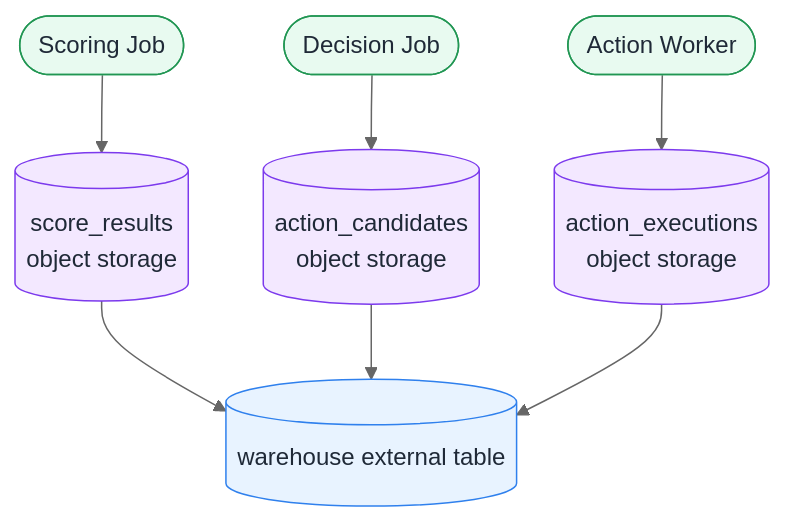
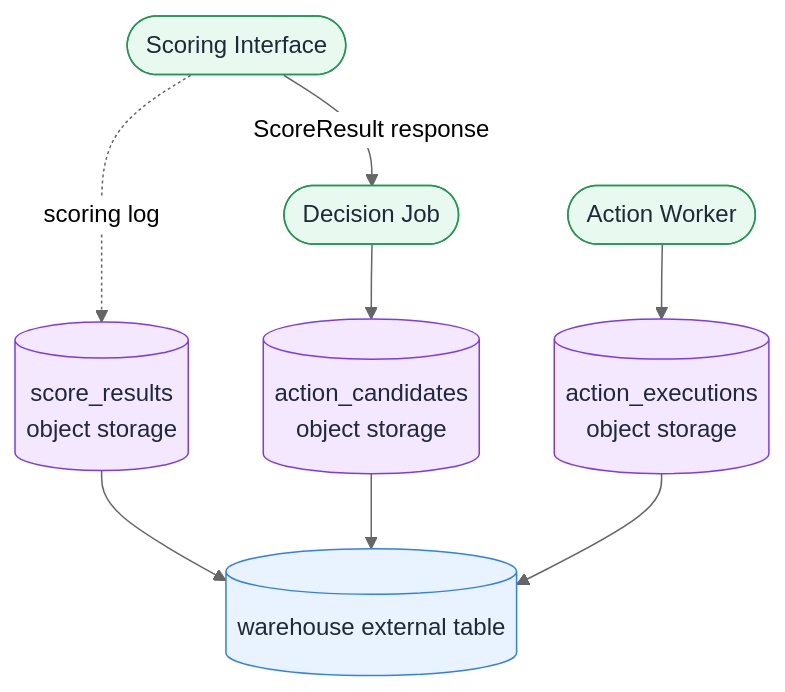
Before and after one commit to tasuku43/abuse-detection-learning: diagram 15 of 17 in docs/design/production_scoring_architecture_mermaid_ja.md, drawn with Mermaid (neutral theme). The commit also changed other lines of this file and 3 other files, not shown here.

Commit message:
docs: refine scoring architecture notes

````diff
--- a/docs/design/production_scoring_architecture_mermaid_ja.md
+++ b/docs/design/production_scoring_architecture_mermaid_ja.md
@@ -388,13 +562,14 @@
 ```mermaid
 flowchart TD
   classDef job fill:#E8FAF0,stroke:#219653,color:#1F2937
   classDef store fill:#F3E8FF,stroke:#7C3AED,color:#1F2937
   classDef warehouse fill:#E8F3FF,stroke:#2F80ED,color:#1F2937
 
-  SJ([Scoring Job]):::job --> SR[(score_results<br/>object storage)]:::store
-  DJ([Decision Job]):::job --> AC[(action_candidates<br/>object storage)]:::store
+  SI([Scoring Interface]):::job -->|ScoreResult response| DJ([Decision Job]):::job
+  SI -.->|scoring log| SR[(score_results<br/>object storage)]:::store
+  DJ --> AC[(action_candidates<br/>object storage)]:::store
   AW([Action Worker]):::job --> AE[(action_executions<br/>object storage)]:::store
   SR --> ATH[(warehouse external table)]:::warehouse
   AC --> ATH
   AE --> ATH
 ```
````
